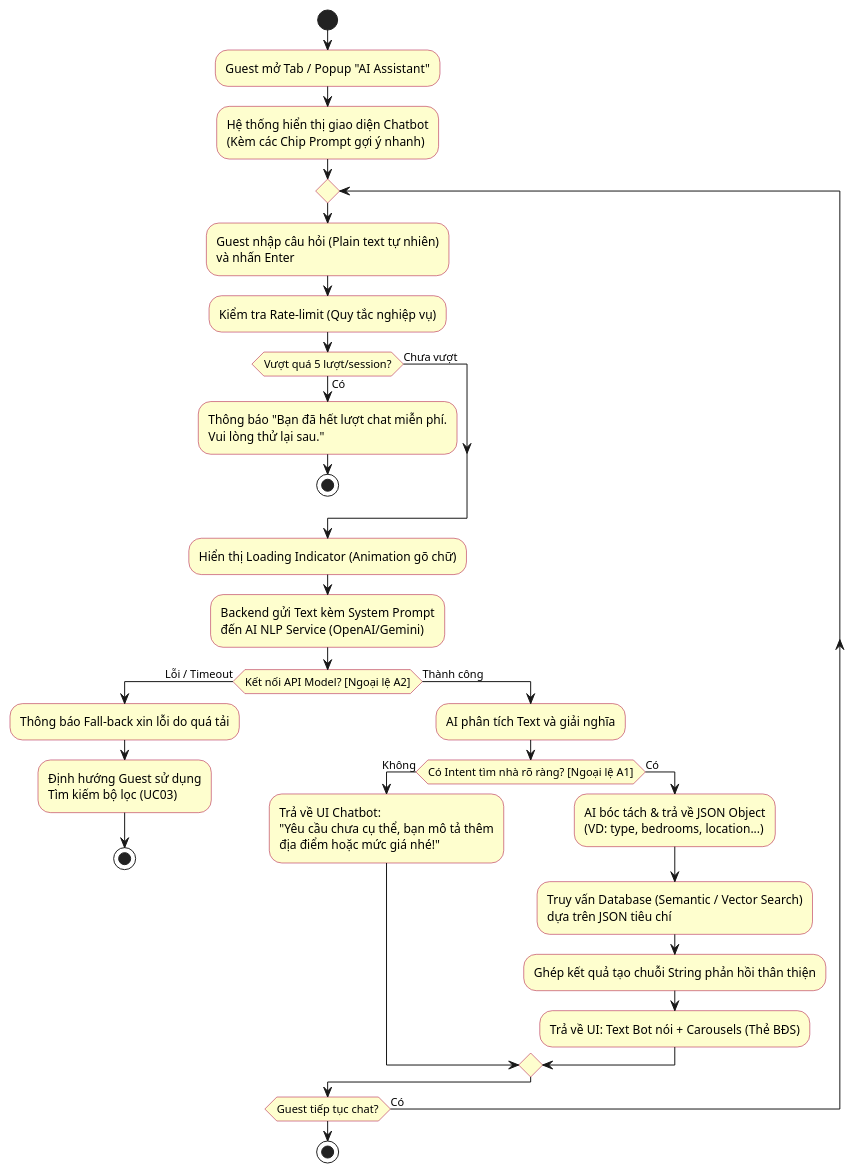
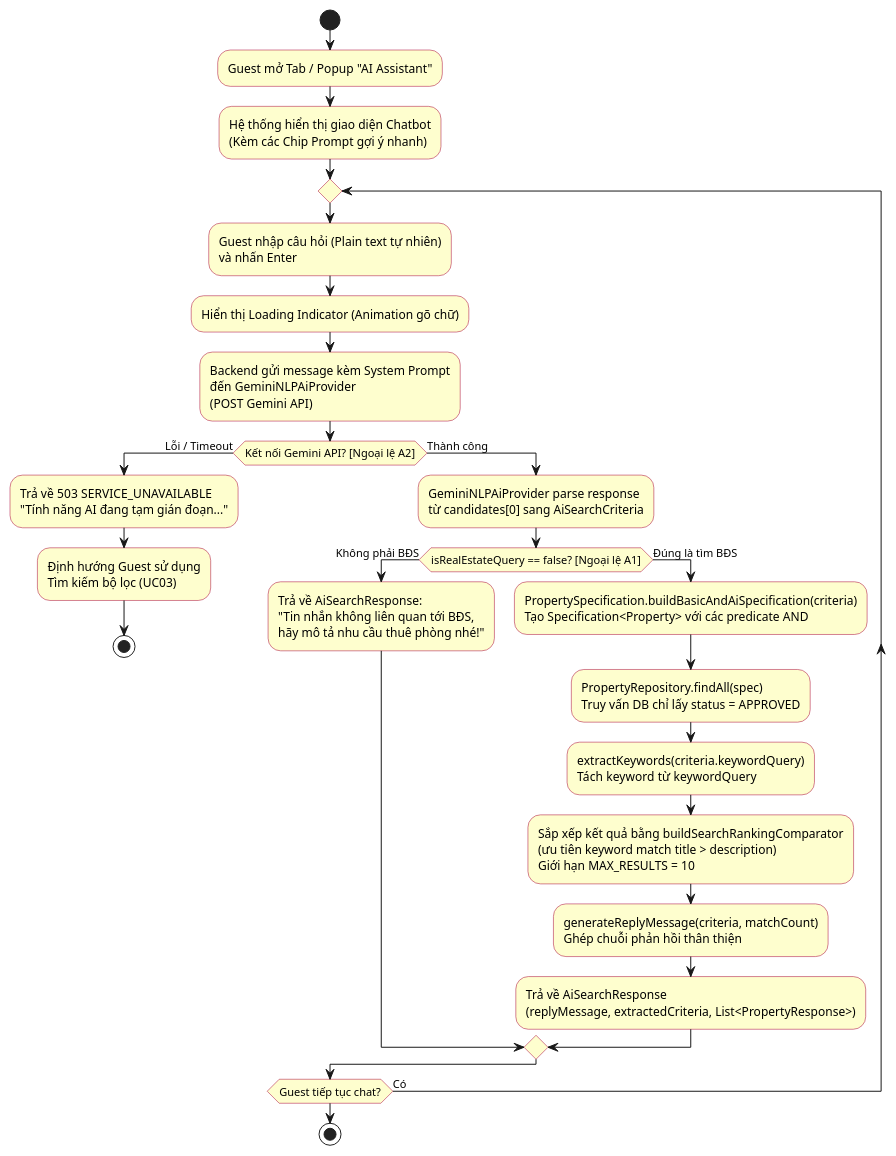
The diagram in src/main/java/vn/hcmute/edu/lequanghung_nguyenthaibao/backend/uml/UC04/ActivityDiagramUC4.puml (chishiya2309/LeaseLink-Backend), drawn with PlantUML before and after one commit. The commit also changed 3 other files, not shown here.

Commit message:
Điều chỉnh uml của UC04

```diff
--- a/src/main/java/vn/hcmute/edu/lequanghung_nguyenthaibao/backend/uml/UC04/ActivityDiagramUC4.puml
+++ b/src/main/java/vn/hcmute/edu/lequanghung_nguyenthaibao/backend/uml/UC04/ActivityDiagramUC4.puml
@@ -1,43 +1,38 @@
 @startuml
 skinparam conditionStyle inside
 skinparam ActivityBackgroundColor #FEFECE
 skinparam ActivityBorderColor #A80036
 
 start
 :Guest mở Tab / Popup "AI Assistant";
 :Hệ thống hiển thị giao diện Chatbot\n(Kèm các Chip Prompt gợi ý nhanh);
 
 repeat
     :Guest nhập câu hỏi (Plain text tự nhiên)\nvà nhấn Enter;
 
-    :Kiểm tra Rate-limit (Quy tắc nghiệp vụ);
-    if (Vượt quá 5 lượt/session?) then (Có)
-        :Thông báo "Bạn đã hết lượt chat miễn phí.\nVui lòng thử lại sau.";
-        stop
-    else (Chưa vượt)
-    endif
+    :Hiển thị Loading Indicator (Animation gõ chữ);
+    :Backend gửi message kèm System Prompt\nđến GeminiNLPAiProvider\n(POST Gemini API);
 
-    :Hiển thị Loading Indicator (Animation gõ chữ);
-    :Backend gửi Text kèm System Prompt\nđến AI NLP Service (OpenAI/Gemini);
-
-    if (Kết nối API Model? [Ngoại lệ A2]) then (Lỗi / Timeout)
-        :Thông báo Fall-back xin lỗi do quá tải;
+    if (Kết nối Gemini API? [Ngoại lệ A2]) then (Lỗi / Timeout)
+        :Trả về 503 SERVICE_UNAVAILABLE\n"Tính năng AI đang tạm gián đoạn...";
         :Định hướng Guest sử dụng\nTìm kiếm bộ lọc (UC03);
         stop
     else (Thành công)
-        :AI phân tích Text và giải nghĩa;
+        :GeminiNLPAiProvider parse response\ntừ candidates[0] sang AiSearchCriteria;
 
-        if (Có Intent tìm nhà rõ ràng? [Ngoại lệ A1]) then (Không)
-            :Trả về UI Chatbot:\n"Yêu cầu chưa cụ thể, bạn mô tả thêm\nđịa điểm hoặc mức giá nhé!";
-        else (Có)
-            :AI bóc tách & trả về JSON Object\n(VD: type, bedrooms, location...);
-            :Truy vấn Database (Semantic / Vector Search)\ndựa trên JSON tiêu chí;
-            :Ghép kết quả tạo chuỗi String phản hồi thân thiện;
-            :Trả về UI: Text Bot nói + Carousels (Thẻ BĐS);
+        if (isRealEstateQuery == false? [Ngoại lệ A1]) then (Không phải BĐS)
+            :Trả về AiSearchResponse:\n"Tin nhắn không liên quan tới BĐS,\nhãy mô tả nhu cầu thuê phòng nhé!";
+        else (Đúng là tìm BĐS)
+            :PropertySpecification.buildBasicAndAiSpecification(criteria)\nTạo Specification<Property> với các predicate AND;
+            :PropertyRepository.findAll(spec)\nTruy vấn DB chỉ lấy status = APPROVED;
+            :extractKeywords(criteria.keywordQuery)\nTách keyword từ keywordQuery;
+            :Sắp xếp kết quả bằng buildSearchRankingComparator\n(ưu tiên keyword match title > description)\nGiới hạn MAX_RESULTS = 10;
+            :generateReplyMessage(criteria, matchCount)\nGhép chuỗi phản hồi thân thiện;
+            :Trả về AiSearchResponse\n(replyMessage, extractedCriteria, List<PropertyResponse>);
         endif
     endif
 
 repeat while (Guest tiếp tục chat?) is (Có)
 
 stop
 @enduml
```
